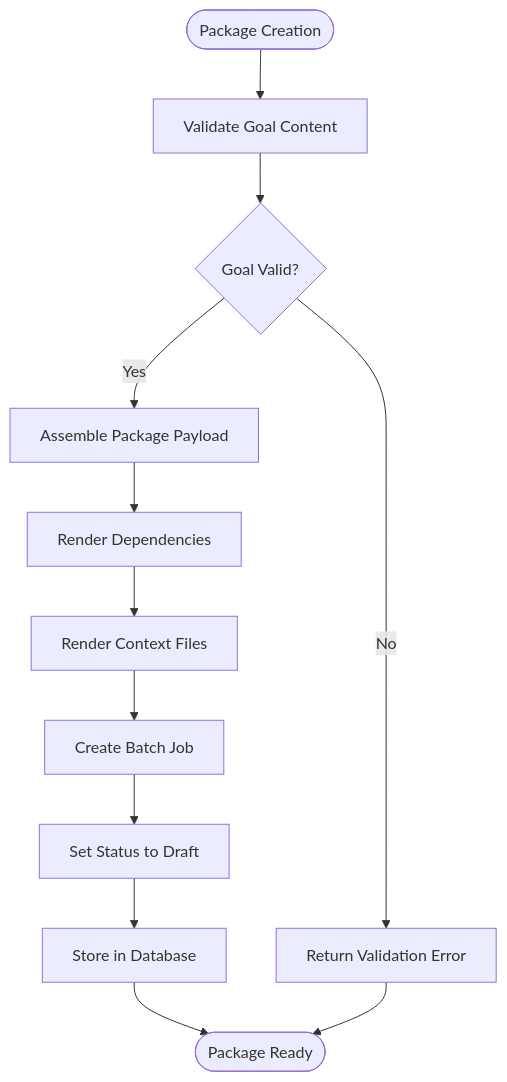
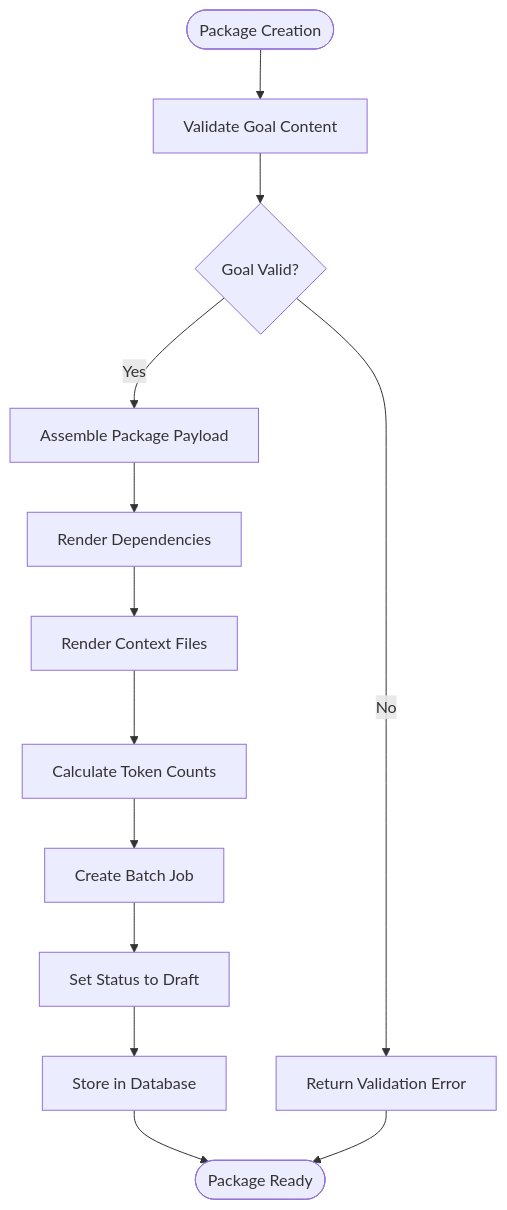
One commit to bramburn/repomix-runner changed the fifth of 9 diagrams in .qoder/repowiki/en/content/Webview Interface/Packages Management System.md. Above: the diagram before and after it, drawn with Mermaid. The commit also changed other lines of this file and 27 other files, not shown here.

````diff
--- a/.qoder/repowiki/en/content/Webview Interface/Packages Management System.md
+++ b/.qoder/repowiki/en/content/Webview Interface/Packages Management System.md
@@ -228,14 +269,15 @@
 ```mermaid
 flowchart TD
 Start([Package Creation]) --> ValidateGoal["Validate Goal Content"]
 ValidateGoal --> GoalValid{"Goal Valid?"}
 GoalValid --> |No| ErrorGoal["Return Validation Error"]
 GoalValid --> |Yes| AssemblePayload["Assemble Package Payload"]
 AssemblePayload --> RenderDependencies["Render Dependencies"]
 RenderDependencies --> RenderContext["Render Context Files"]
-RenderContext --> CreateBatch["Create Batch Job"]
+RenderContext --> CalculateTokens["Calculate Token Counts"]
+CalculateTokens --> CreateBatch["Create Batch Job"]
 CreateBatch --> SetStatus["Set Status to Draft"]
 SetStatus --> StoreJob["Store in Database"]
 StoreJob --> End([Package Ready])
 ErrorGoal --> End
 ```
````
